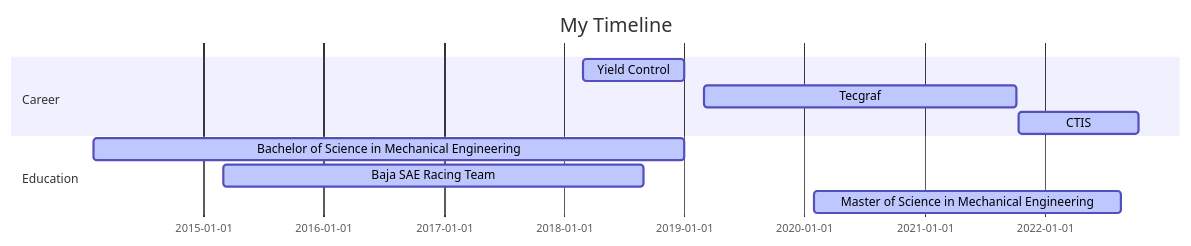
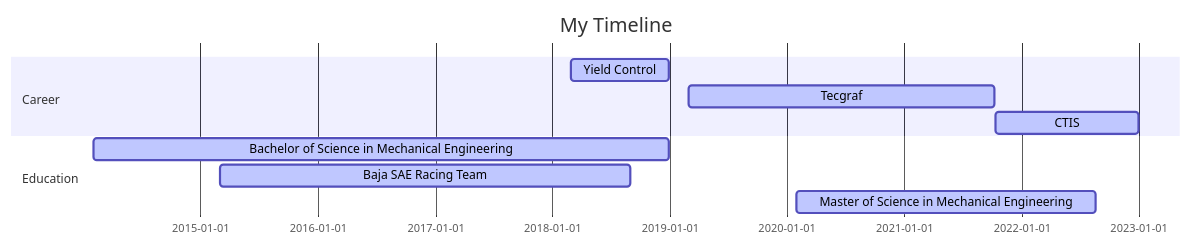
Before and after one commit to matheus-hoffmann/matheus-hoffmann: the diagram in README.md, drawn with Mermaid.

````diff
--- a/README.md
+++ b/README.md
@@ -4,13 +4,13 @@
 ```mermaid
 gantt
 dateFormat  YYYY-MM-DD
 title My Timeline
 section Career
 Yield Control :active,, 2018-03-01,2018-12-31
 Tecgraf       :active,, 2019-03-01,2021-10-08
-CTIS          :active,, 2021-10-13,2022-10-13
+CTIS          :active,, 2021-10-13,2023-01-01
 section Education
 Bachelor of Science in Mechanical Engineering :active,, 2014-02-01,2018-12-31
 Baja SAE Racing Team :active,, 2015-03-01,2018-09-01
 Master of Science in Mechanical Engineering :active,, 2020-02-01,2022-08-19
 ```
````
